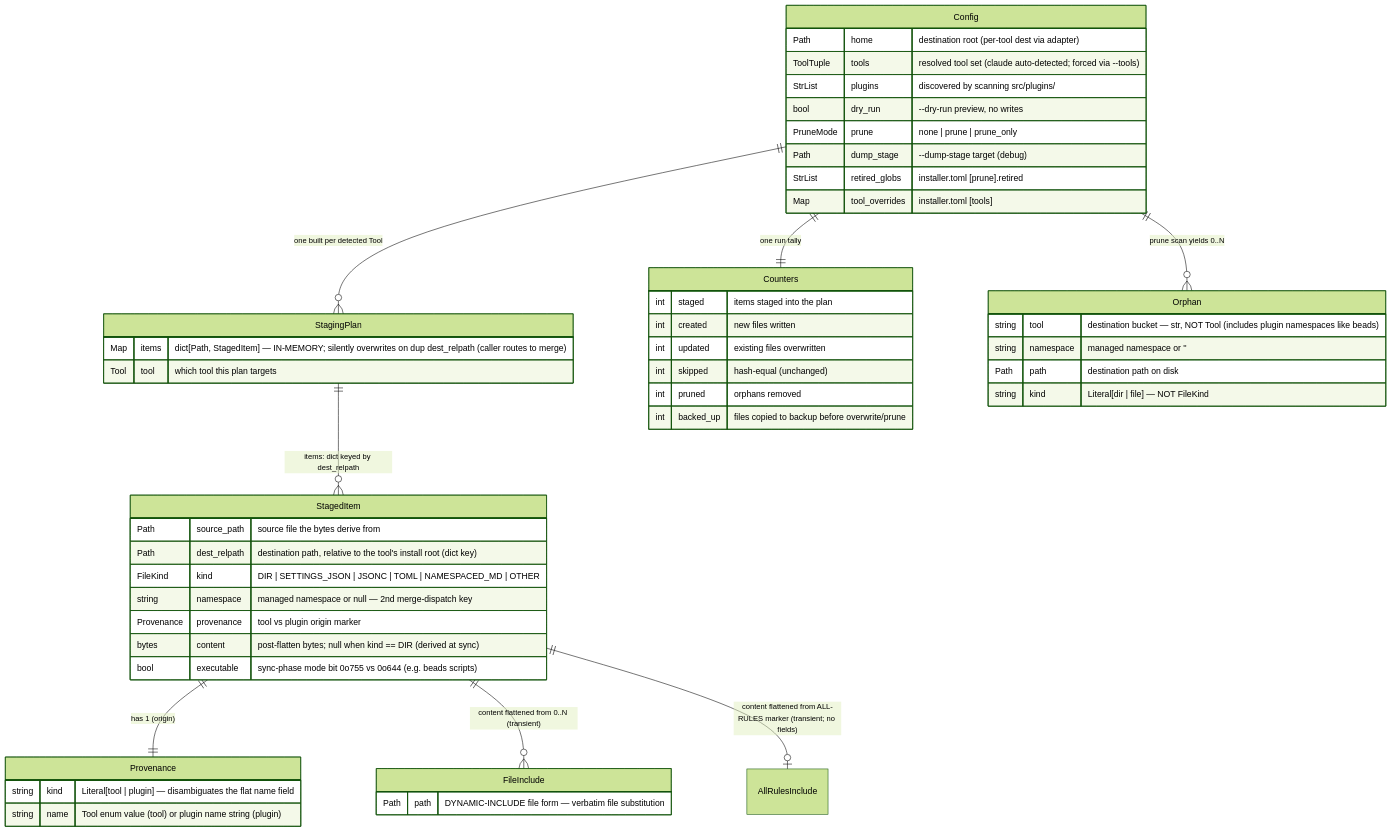
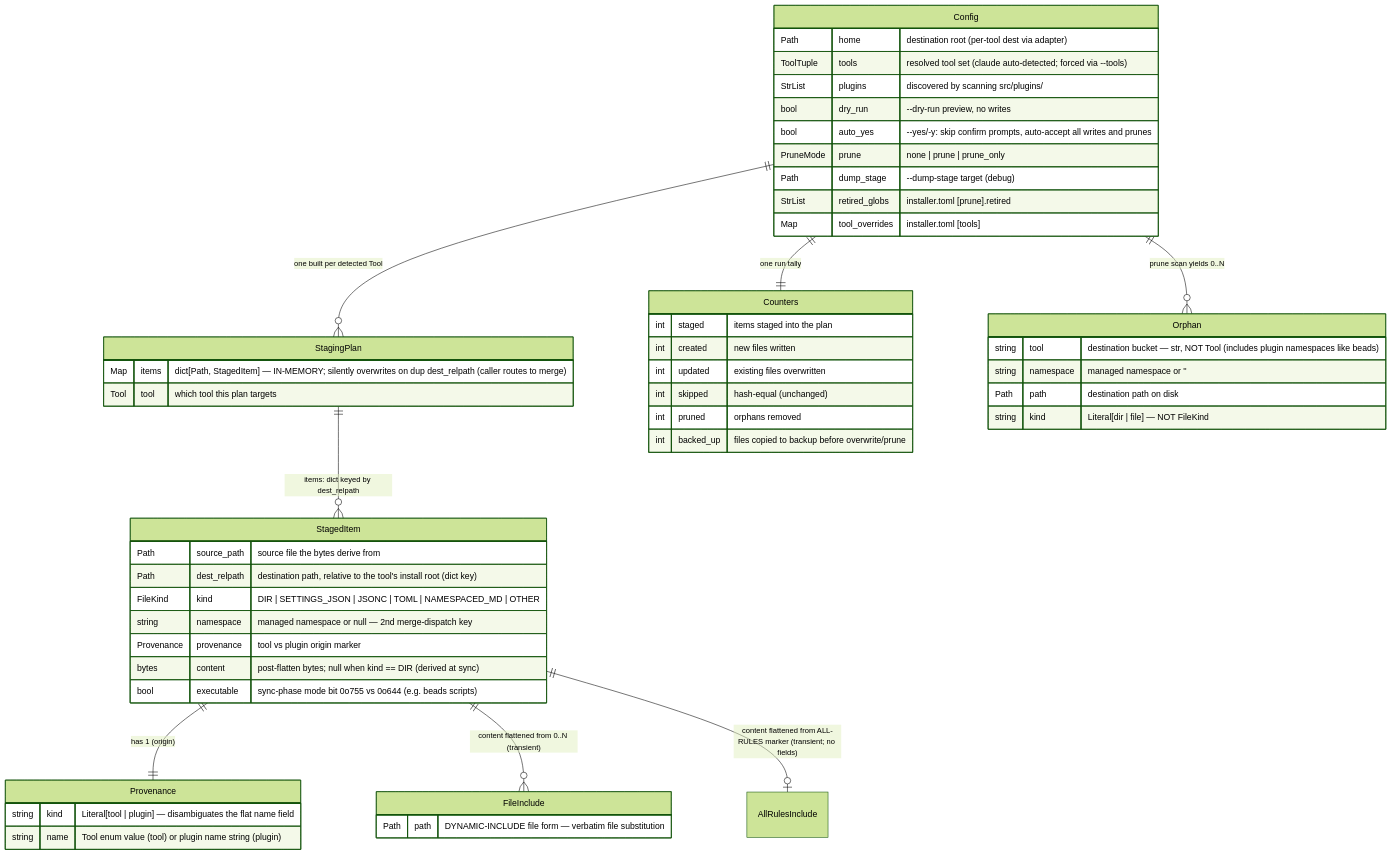
One commit to scotthamilton77/agents-config changed the first of 2 diagrams in docs/architecture/installer/data-view.md. Above: the diagram before and after it, drawn with Mermaid (forest theme). The commit also changed other lines of this file and 1 other file, not shown here.

First line of the commit message:
docs(installer-hld): add --yes/auto_yes to Config ER and sequence diagrams

````diff
--- a/docs/architecture/installer/data-view.md
+++ b/docs/architecture/installer/data-view.md
@@ -36,61 +36,62 @@
 ```mermaid
 erDiagram
     Config      ||--o{ StagingPlan      : "one built per detected Tool"
     StagingPlan ||--o{ StagedItem       : "items: dict keyed by dest_relpath"
     StagedItem  ||--|| Provenance        : "has 1 (origin)"
     StagedItem  ||--o{ FileInclude       : "content flattened from 0..N (transient)"
     StagedItem  ||--o| AllRulesInclude   : "content flattened from ALL-RULES marker (transient; no fields)"
     Config      ||--|| Counters          : "one run tally"
     Config      ||--o{ Orphan            : "prune scan yields 0..N"
 
     Config {
         Path      home           "destination root (per-tool dest via adapter)"
         ToolTuple tools          "resolved tool set (claude auto-detected; forced via --tools)"
         StrList   plugins        "discovered by scanning src/plugins/"
         bool      dry_run        "--dry-run preview, no writes"
+        bool      auto_yes       "--yes/-y: skip confirm prompts, auto-accept all writes and prunes"
         PruneMode prune          "none | prune | prune_only"
         Path      dump_stage     "--dump-stage target (debug)"
         StrList   retired_globs  "installer.toml [prune].retired"
         Map       tool_overrides "installer.toml [tools]"
     }
 
     StagingPlan {
         Map  items  "dict[Path, StagedItem] — IN-MEMORY; silently overwrites on dup dest_relpath (caller routes to merge)"
         Tool tool   "which tool this plan targets"
     }
 
     StagedItem {
         Path     source_path   "source file the bytes derive from"
         Path     dest_relpath  "destination path, relative to the tool's install root (dict key)"
         FileKind kind          "DIR | SETTINGS_JSON | JSONC | TOML | NAMESPACED_MD | OTHER"
         string   namespace     "managed namespace or null — 2nd merge-dispatch key"
         Provenance provenance  "tool vs plugin origin marker"
         bytes    content       "post-flatten bytes; null when kind == DIR (derived at sync)"
         bool     executable    "sync-phase mode bit 0o755 vs 0o644 (e.g. beads scripts)"
     }
 
     Provenance {
         string kind  "Literal[tool | plugin] — disambiguates the flat name field"
         string name  "Tool enum value (tool) or plugin name string (plugin)"
     }
 
     FileInclude {
         Path path  "DYNAMIC-INCLUDE file form — verbatim file substitution"
     }
 
     Orphan {
         string tool       "destination bucket — str, NOT Tool (includes plugin namespaces like beads)"
         string namespace  "managed namespace or ''"
         Path   path       "destination path on disk"
         string kind       "Literal[dir | file] — NOT FileKind"
     }
 
     Counters {
         int staged     "items staged into the plan"
         int created    "new files written"
         int updated    "existing files overwritten"
         int skipped    "hash-equal (unchanged)"
         int pruned     "orphans removed"
         int backed_up  "files copied to backup before overwrite/prune"
     }
 ```
````
